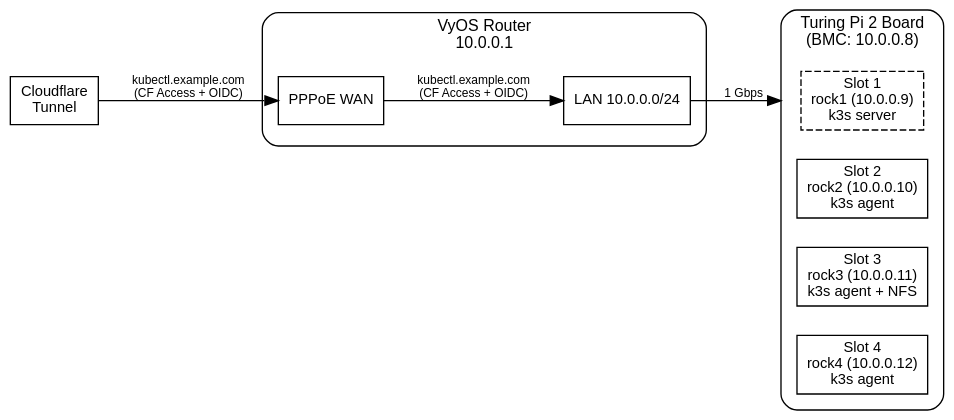
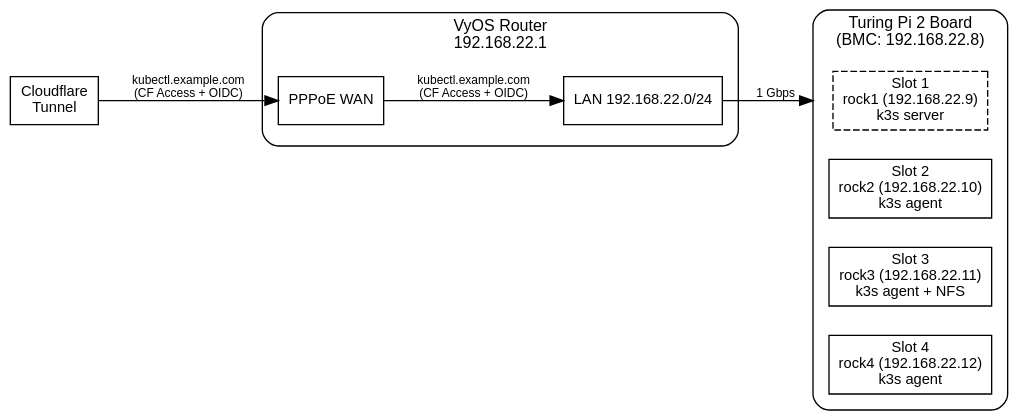
The diagram in src/content/docs/guides/k3s-arm64-cluster-ops.mdx (erfianugrah/lexicanum), drawn with Graphviz before and after one commit. The commit also changed other lines of this file and 17 other files, not shown here.

````diff
--- a/src/content/docs/guides/k3s-arm64-cluster-ops.mdx
+++ b/src/content/docs/guides/k3s-arm64-cluster-ops.mdx
@@ -45,28 +45,28 @@
 ```dot
 digraph {
   rankdir=LR; bgcolor="transparent"; compound=true; nodesep=0.3; ranksep=0.7;
   fontname="Helvetica,Arial,sans-serif";
   node [fontname="Helvetica,Arial,sans-serif", fontsize=11, shape=box];
   edge [fontname="Helvetica,Arial,sans-serif", fontsize=9];
 
   subgraph cluster_tpi {
-    label="Turing Pi 2 Board\n(BMC: 10.0.0.8)"; style=rounded; fontsize=12; margin=12;
-    tpi_slot1 [label="Slot 1\nrock1 (10.0.0.9)\nk3s server", style=dashed];
-    tpi_slot2 [label="Slot 2\nrock2 (10.0.0.10)\nk3s agent"];
-    tpi_slot3 [label="Slot 3\nrock3 (10.0.0.11)\nk3s agent + NFS"];
-    tpi_slot4 [label="Slot 4\nrock4 (10.0.0.12)\nk3s agent"];
+    label="Turing Pi 2 Board\n(BMC: 192.168.22.8)"; style=rounded; fontsize=12; margin=12;
+    tpi_slot1 [label="Slot 1\nrock1 (192.168.22.9)\nk3s server", style=dashed];
+    tpi_slot2 [label="Slot 2\nrock2 (192.168.22.10)\nk3s agent"];
+    tpi_slot3 [label="Slot 3\nrock3 (192.168.22.11)\nk3s agent + NFS"];
+    tpi_slot4 [label="Slot 4\nrock4 (192.168.22.12)\nk3s agent"];
   }
 
   subgraph cluster_vyos {
-    label="VyOS Router\n10.0.0.1"; style=rounded; fontsize=12; margin=12;
+    label="VyOS Router\n192.168.22.1"; style=rounded; fontsize=12; margin=12;
     vyos_wan [label="PPPoE WAN"];
-    vyos_lan [label="LAN 10.0.0.0/24"];
+    vyos_lan [label="LAN 192.168.22.0/24"];
   }
 
   cf [label="Cloudflare\nTunnel"];
 
   vyos_lan -> tpi_slot1 [label="1 Gbps", lhead=cluster_tpi];
   cf       -> vyos_wan  [label="kubectl.example.com\n(CF Access + OIDC)"];
   vyos_wan -> vyos_lan  [label="kubectl.example.com\n(CF Access + OIDC)"];
 }
 ```
````
